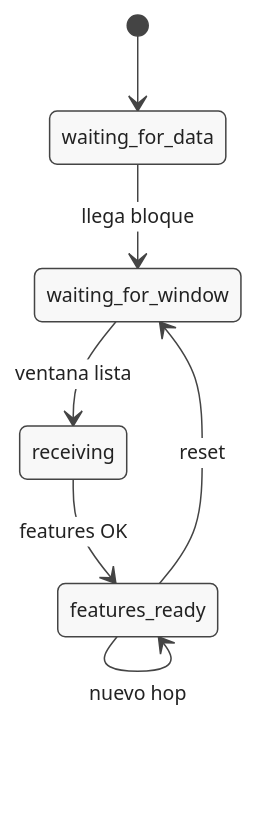
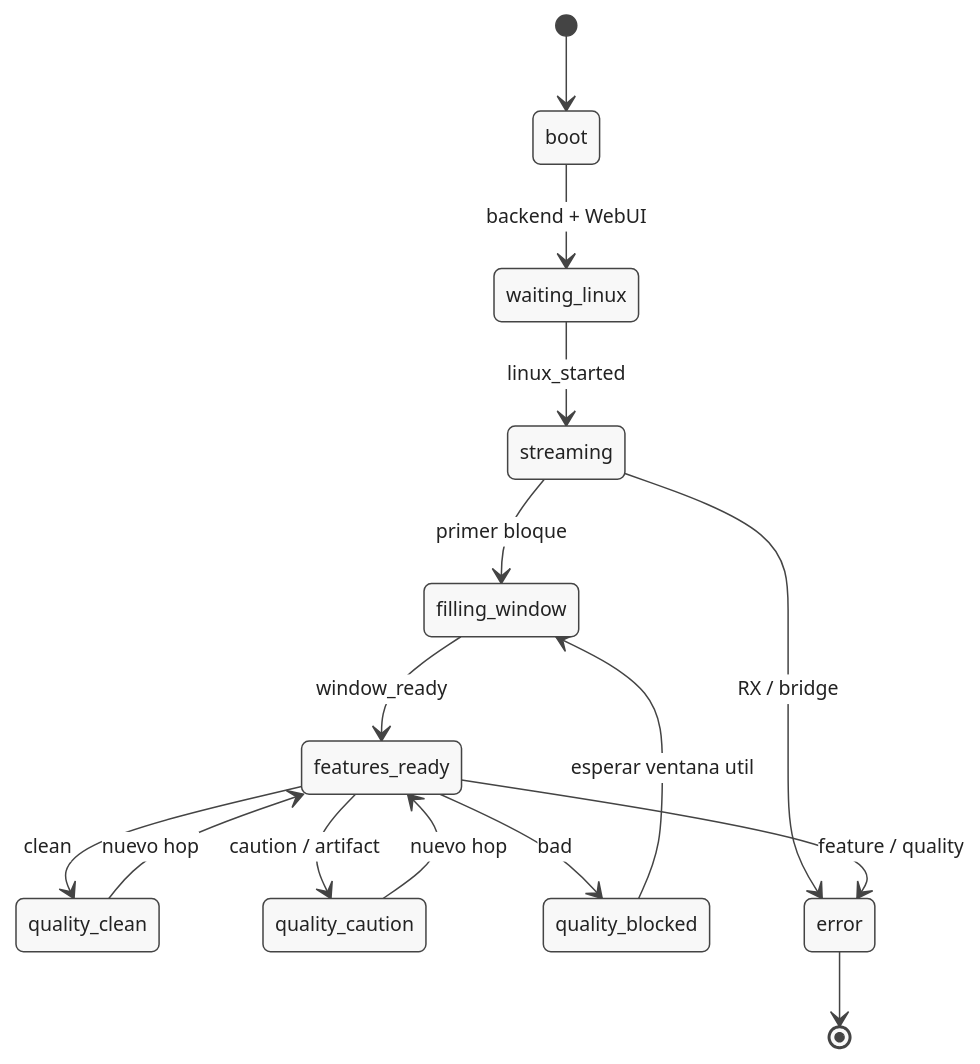
The diagram in TFG_EEG_MIDI/images/uml/impl_backend_runtime_states.mmd (valtorresm97/REDACCION-TFG), drawn with Mermaid before and after one commit.

Commit message:
Refine backend runtime states diagram from final-v4 states reference

```diff
--- a/TFG_EEG_MIDI/images/uml/impl_backend_runtime_states.mmd
+++ b/TFG_EEG_MIDI/images/uml/impl_backend_runtime_states.mmd
@@ -1,8 +1,19 @@
 %%{init: {"theme": "base", "themeVariables": {"fontFamily": "Arial", "fontSize": "13px", "primaryColor": "#F8F8F8", "primaryTextColor": "#222222", "primaryBorderColor": "#444444", "lineColor": "#444444", "secondaryColor": "#FFFFFF", "tertiaryColor": "#FFFFFF"}, "state": {"nodeSpacing": 18, "rankSpacing": 28, "padding": 4}}}%%
 stateDiagram-v2
-  [*] --> waiting_for_data
-  waiting_for_data --> waiting_for_window: llega bloque
-  waiting_for_window --> receiving: ventana lista
-  receiving --> features_ready: features OK
-  features_ready --> features_ready: nuevo hop
-  features_ready --> waiting_for_window: reset
+  [*] --> boot
+  boot --> waiting_linux: backend + WebUI
+  waiting_linux --> streaming: linux_started
+  streaming --> filling_window: primer bloque
+  filling_window --> features_ready: window_ready
+
+  features_ready --> quality_clean: clean
+  features_ready --> quality_caution: caution / artifact
+  features_ready --> quality_blocked: bad
+
+  quality_clean --> features_ready: nuevo hop
+  quality_caution --> features_ready: nuevo hop
+  quality_blocked --> filling_window: esperar ventana util
+
+  streaming --> error: RX / bridge
+  features_ready --> error: feature / quality
+  error --> [*]
```
